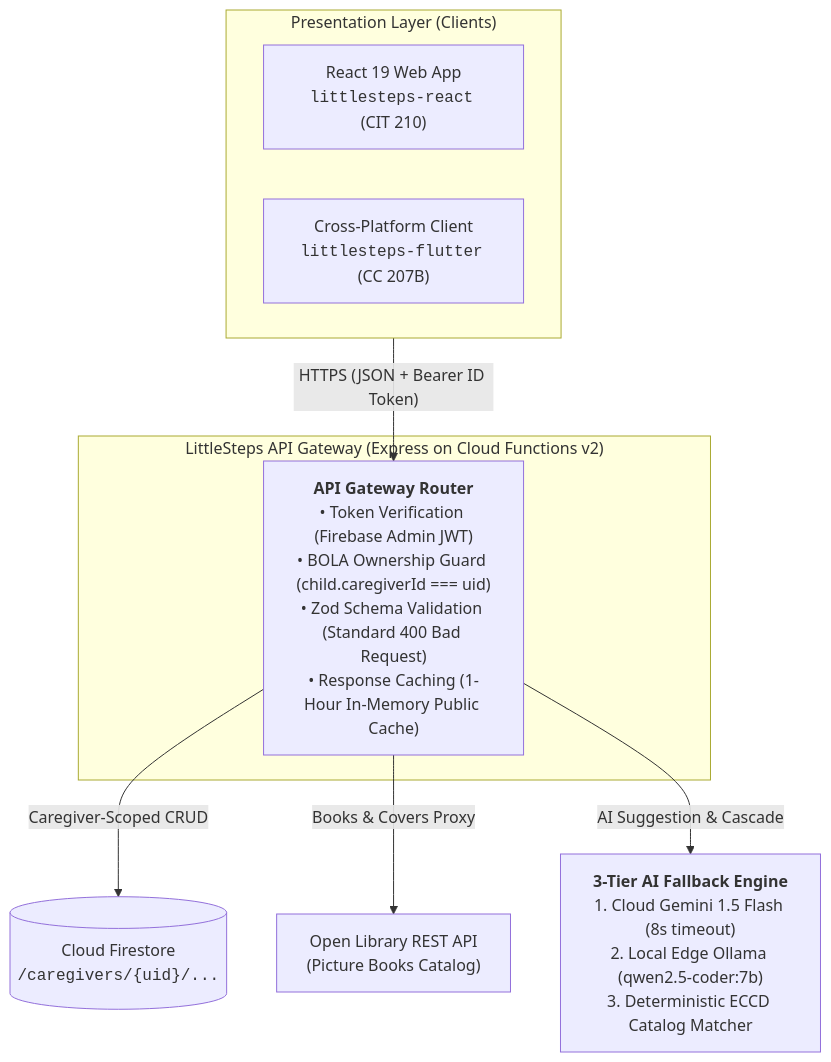
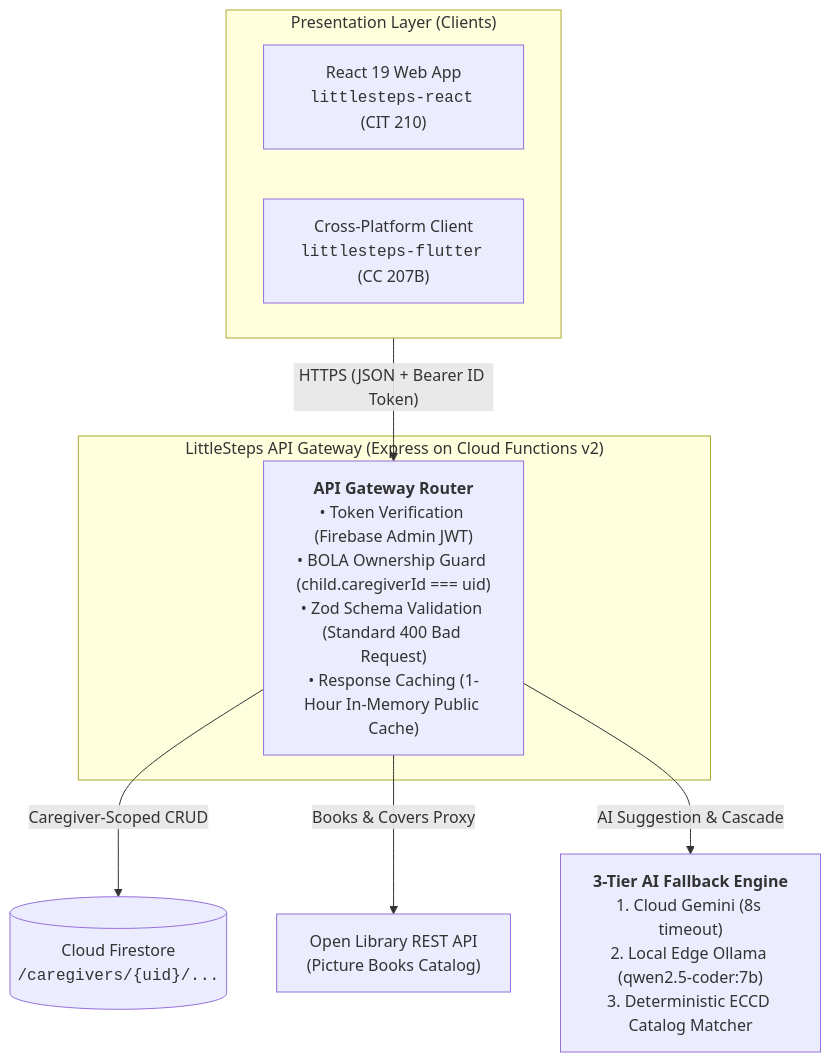
The first of 2 diagrams in docs/api-reference.md (Thesis-Titans/littlesteps-docs), drawn with Mermaid before and after one commit. The commit also changed other lines of this file and 7 other files, not shown here.

````diff
--- a/docs/api-reference.md
+++ b/docs/api-reference.md
@@ -15,17 +15,17 @@
 ```mermaid
 flowchart TD
     subgraph ClientLayer["Presentation Layer (Clients)"]
         ReactApp["React 19 Web App<br/><code>littlesteps-react</code> (CIT 210)"]
         FlutterApp["Cross-Platform Client<br/><code>littlesteps-flutter</code> (CC 207B)"]
     end
 
     ClientLayer -->|"HTTPS (JSON + Bearer ID Token)"| APIGateway
 
     subgraph GatewayLayer["LittleSteps API Gateway (Express on Cloud Functions v2)"]
         APIGateway["<b>API Gateway Router</b><br/>• Token Verification (Firebase Admin JWT)<br/>• BOLA Ownership Guard (child.caregiverId === uid)<br/>• Zod Schema Validation (Standard 400 Bad Request)<br/>• Response Caching (1-Hour In-Memory Public Cache)"]
     end
 
     APIGateway -->|"Caregiver-Scoped CRUD"| Firestore[("Cloud Firestore<br/><code>/caregivers/{uid}/...</code>")]
     APIGateway -->|"Books & Covers Proxy"| OpenLibrary["Open Library REST API<br/>(Picture Books Catalog)"]
-    APIGateway -->|"AI Suggestion & Cascade"| AIEngine["<b>3-Tier AI Fallback Engine</b><br/>1. Cloud Gemini 1.5 Flash (8s timeout)<br/>2. Local Edge Ollama (qwen2.5-coder:7b)<br/>3. Deterministic ECCD Catalog Matcher"]
+    APIGateway -->|"AI Suggestion & Cascade"| AIEngine["<b>3-Tier AI Fallback Engine</b><br/>1. Cloud Gemini (8s timeout)<br/>2. Local Edge Ollama (qwen2.5-coder:7b)<br/>3. Deterministic ECCD Catalog Matcher"]
 ```
````
